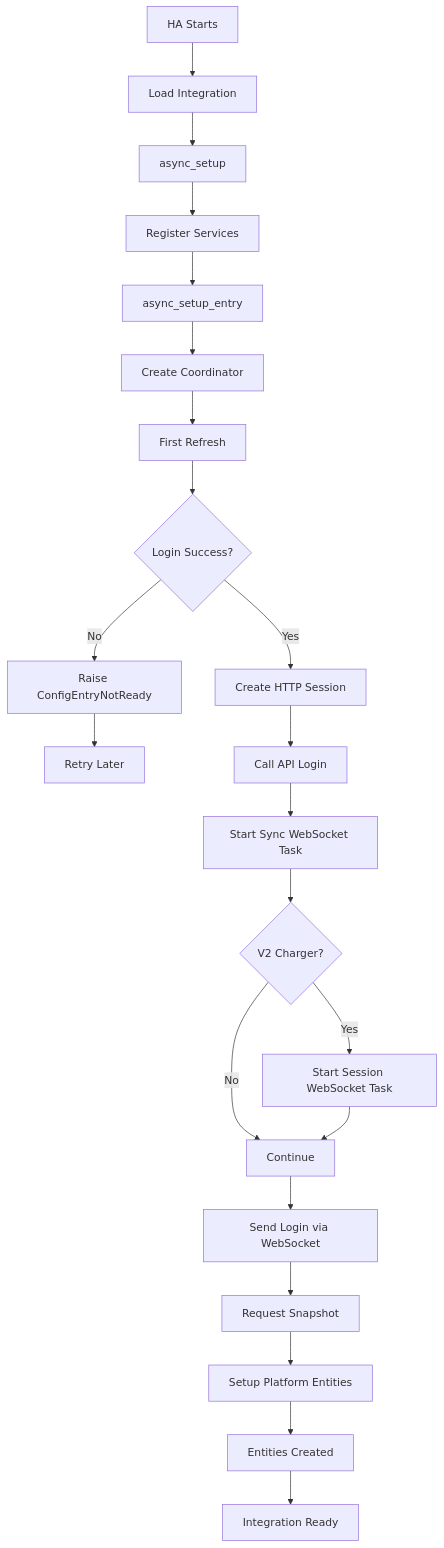
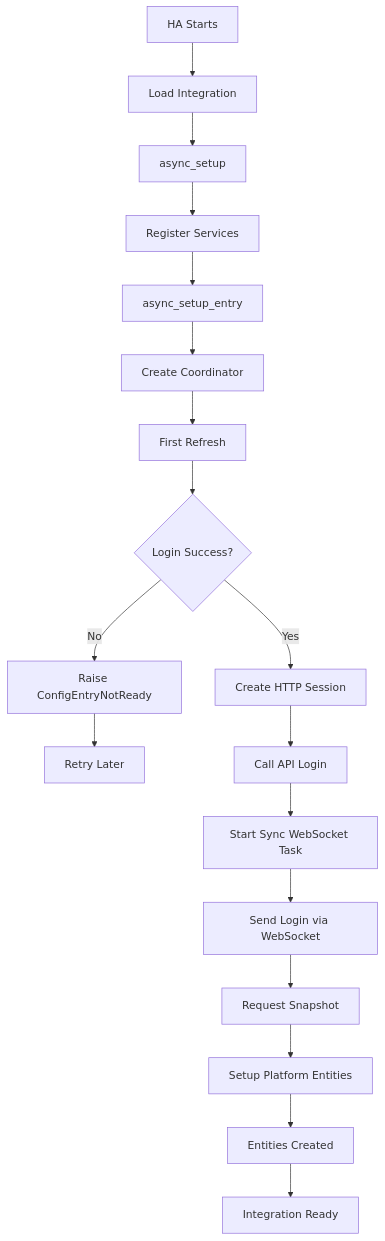
The fourth of 11 diagrams in DEVELOPER.md (gndean/home-assistant-hypervolt-charger), drawn with Mermaid before and after one commit. The commit also changed other lines of this file and 2 other files, not shown here.

First line of the commit message:
Stop opening the /session/in-progress websocket

````diff
--- a/DEVELOPER.md
+++ b/DEVELOPER.md
@@ -445,24 +436,20 @@
 ```mermaid
 graph TD
     A[HA Starts] --> B[Load Integration]
     B --> C[async_setup]
     C --> D[Register Services]
     D --> E[async_setup_entry]
     E --> F[Create Coordinator]
     F --> G[First Refresh]
     G --> H{Login Success?}
     H -->|No| I[Raise ConfigEntryNotReady]
     I --> J[Retry Later]
     H -->|Yes| K[Create HTTP Session]
     K --> L[Call API Login]
     L --> M[Start Sync WebSocket Task]
-    M --> N{V2 Charger?}
-    N -->|Yes| O[Start Session WebSocket Task]
-    N -->|No| P[Continue]
-    O --> P
-    P --> Q[Send Login via WebSocket]
+    M --> Q[Send Login via WebSocket]
     Q --> R[Request Snapshot]
     R --> S[Setup Platform Entities]
     S --> T[Entities Created]
     T --> U[Integration Ready]
 ```
````
